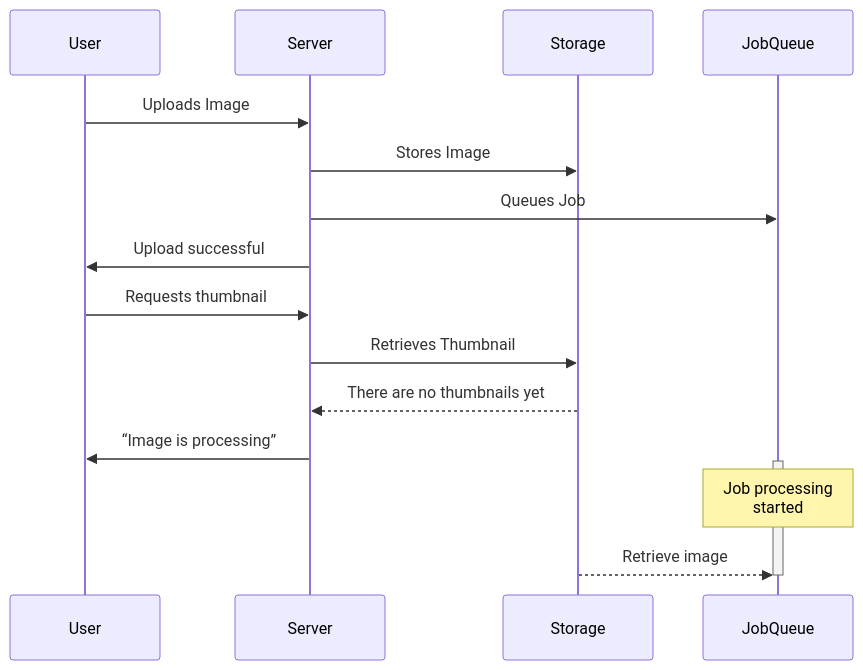
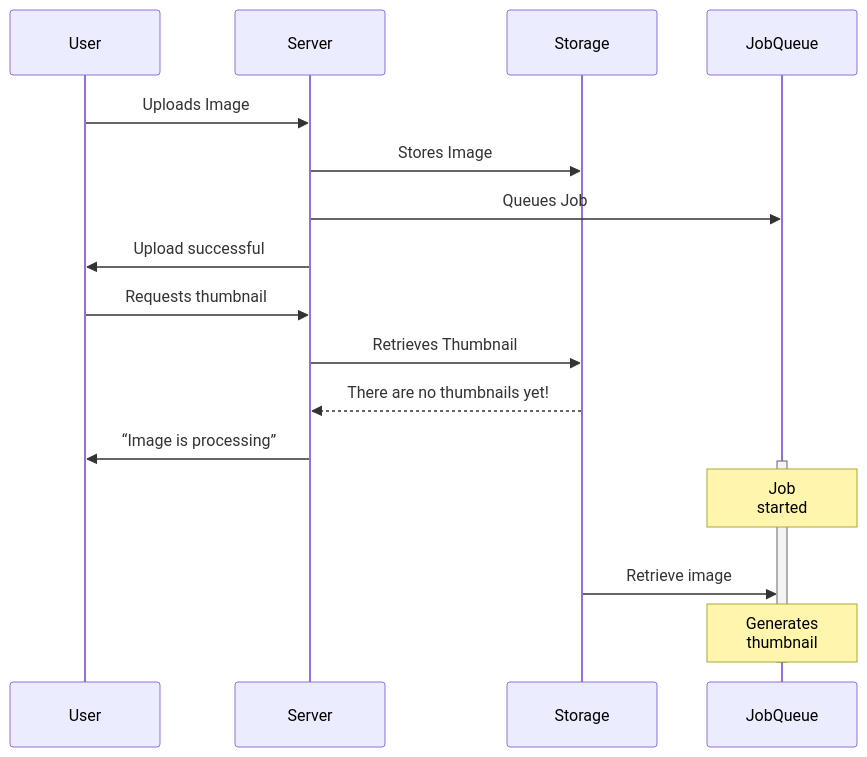
Before and after one commit to Envek/owddm-imgproxy-is-amazing: the first of 3 diagrams in slides.md, drawn with Mermaid. The commit also changed other lines of this file and 1 other file, not shown here.

````diff
--- a/slides.md
+++ b/slides.md
@@ -347,15 +349,16 @@
 ```mermaid
 sequenceDiagram
     User->>Server: Uploads Image
     Server->>Storage: Stores Image
     Server->>JobQueue: Queues Job
     Server->>User: Upload successful
     User->>Server: Requests thumbnail
     Server->>Storage: Retrieves Thumbnail
-    Storage-->>Server: There are no thumbnails yet
+    Storage-->>Server: There are no thumbnails yet!
     Server->>User: “Image is processing”
     activate JobQueue
-    Note over JobQueue: Job processing<br>started
-    Storage-->>JobQueue: Retrieve image
+    Note over JobQueue: Job<br/>started
+    Storage->>JobQueue: <br/>Retrieve image
+    Note over JobQueue: Generates<br>thumbnail
     deactivate JobQueue
 ```
````
